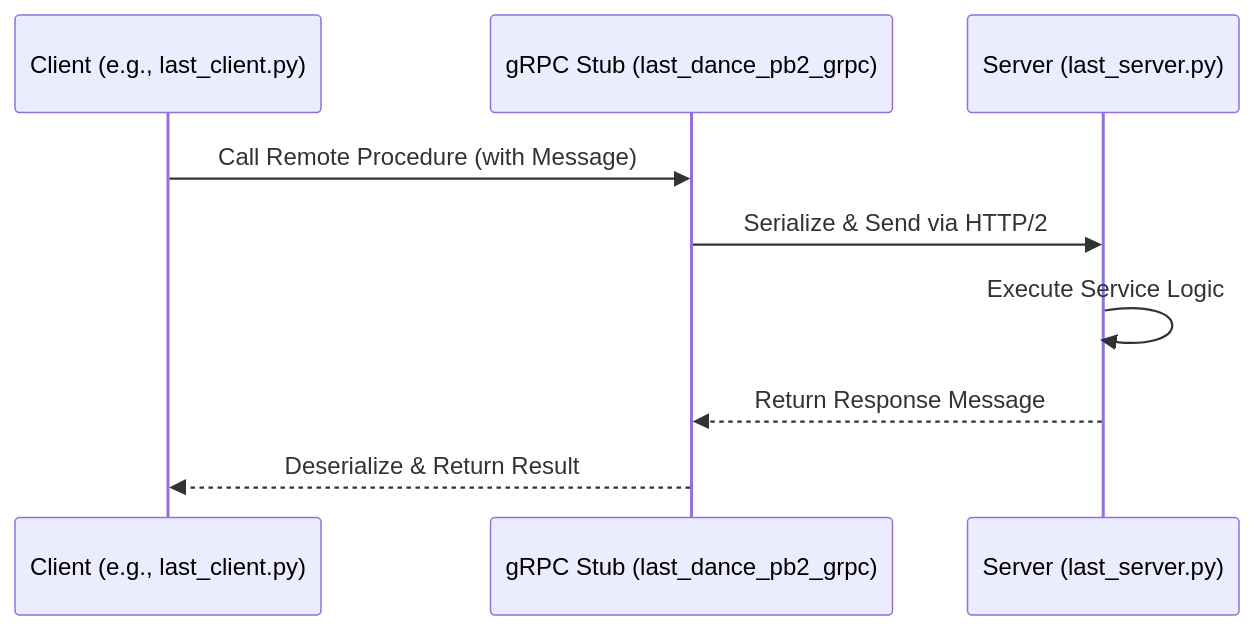
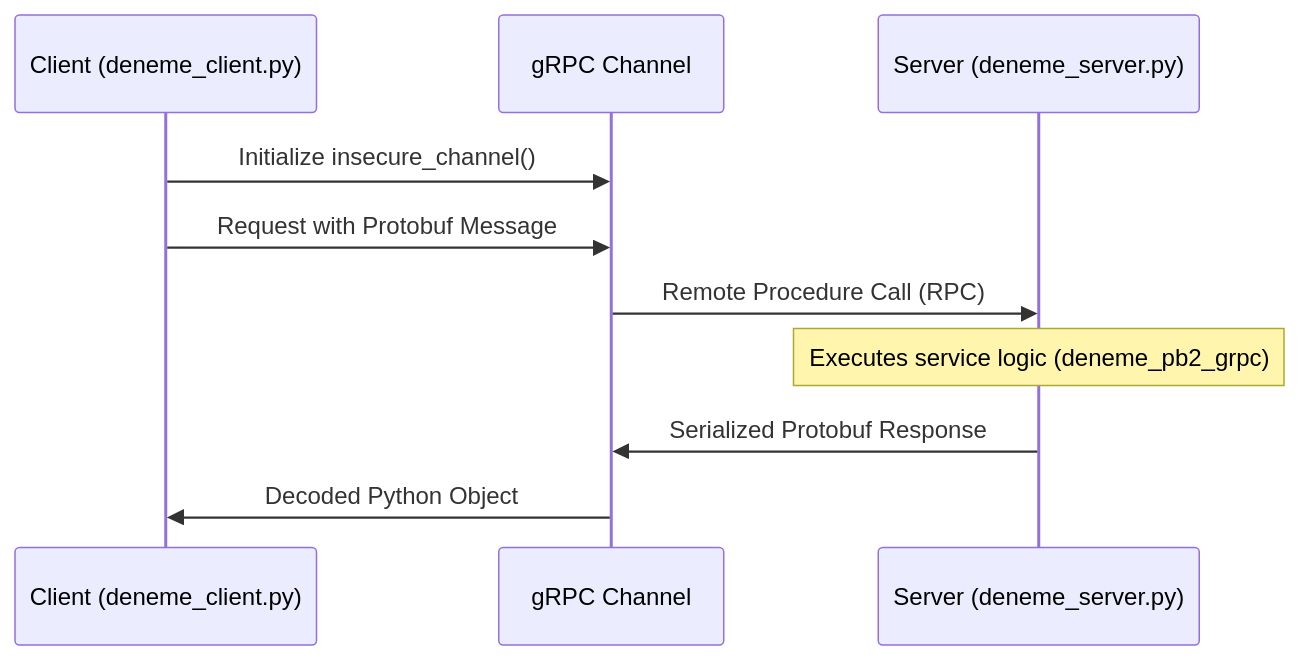
The second of 2 diagrams in README_ARCH.md (YusuffBulbul/GRPC_calisma), drawn with Mermaid before and after one commit. The commit also changed other lines of this file, not shown here.

````diff
--- a/README_ARCH.md
+++ b/README_ARCH.md
@@ -55,13 +66,14 @@
 ```mermaid
 sequenceDiagram
-    participant C as Client (e.g., last_client.py)
-    participant S as gRPC Stub (last_dance_pb2_grpc)
-    participant SRV as Server (last_server.py)
+    participant C as Client (deneme_client.py)
+    participant G as gRPC Channel
+    participant S as Server (deneme_server.py)
 
-    C->>S: Call Remote Procedure (with Message)
-    S->>SRV: Serialize & Send via HTTP/2
-    SRV->>SRV: Execute Service Logic
-    SRV-->>S: Return Response Message
-    S-->>C: Deserialize & Return Result
+    C->>G: Initialize insecure_channel()
+    C->>G: Request with Protobuf Message
+    G->>S: Remote Procedure Call (RPC)
+    Note over S: Executes service logic (deneme_pb2_grpc)
+    S->>G: Serialized Protobuf Response
+    G->>C: Decoded Python Object
 
 ```
````
